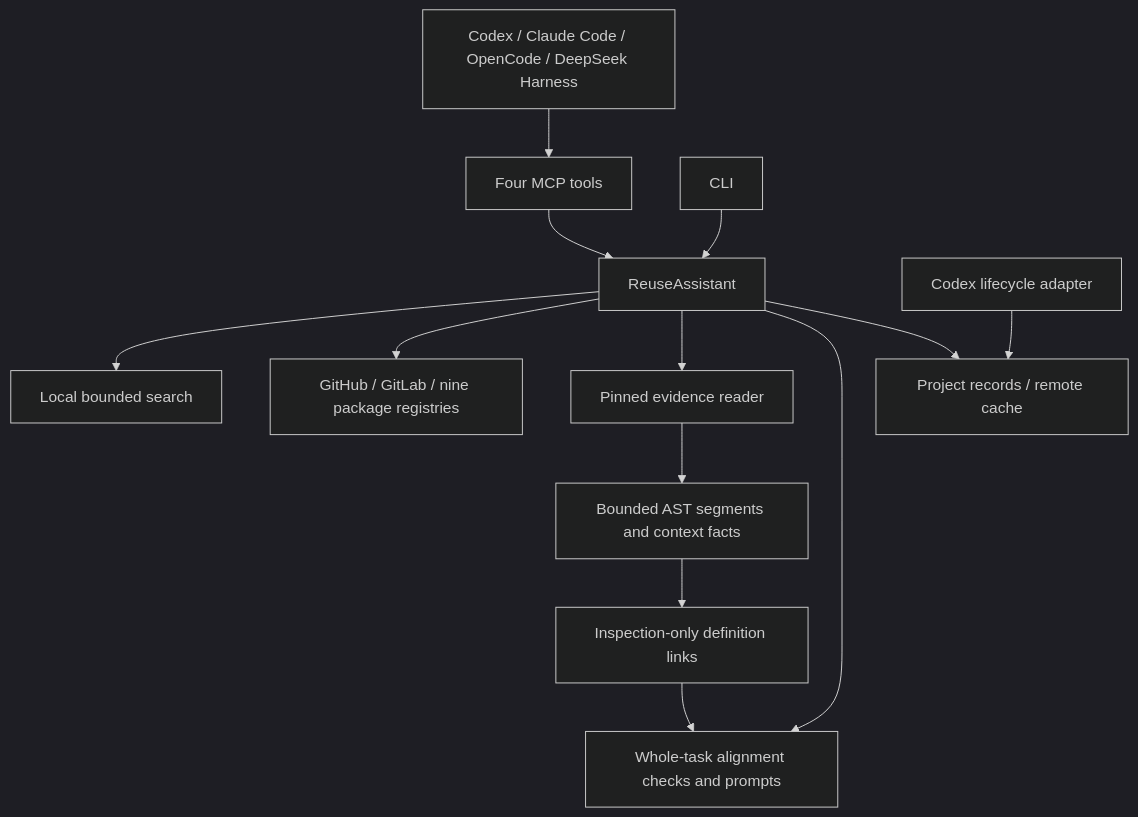
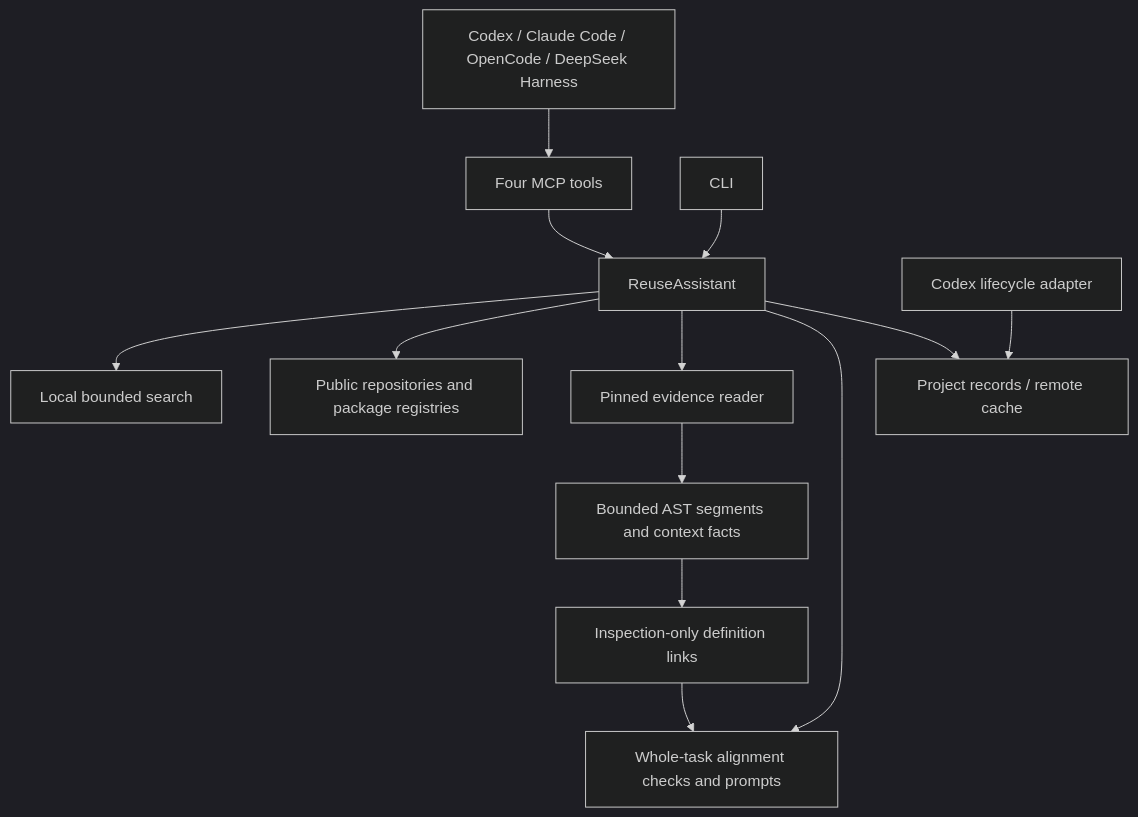
The diagram in docs/ARCHITECTURE.md (tianxiashan294-design/reuse-assistant), drawn with Mermaid (dark theme) before and after one commit. The commit also changed other lines of this file and 58 other files, not shown here.

````diff
--- a/docs/ARCHITECTURE.md
+++ b/docs/ARCHITECTURE.md
@@ -5,15 +5,15 @@
 ```mermaid
 flowchart TD
   Agent[Codex / Claude Code / OpenCode / DeepSeek Harness] --> MCP[Four MCP tools]
   CLI[CLI] --> Core[ReuseAssistant]
   MCP --> Core
   Core --> Local[Local bounded search]
-  Core --> Sources[GitHub / GitLab / nine package registries]
+  Core --> Sources[Public repositories and package registries]
   Core --> Evidence[Pinned evidence reader]
   Evidence --> Segments[Bounded AST segments and context facts]
   Segments --> Links[Inspection-only definition links]
   Links --> Alignment
   Core --> Alignment[Whole-task alignment checks and prompts]
   Core --> Store[Project records / remote cache]
   Hooks[Codex lifecycle adapter] --> Store
 ```
````
